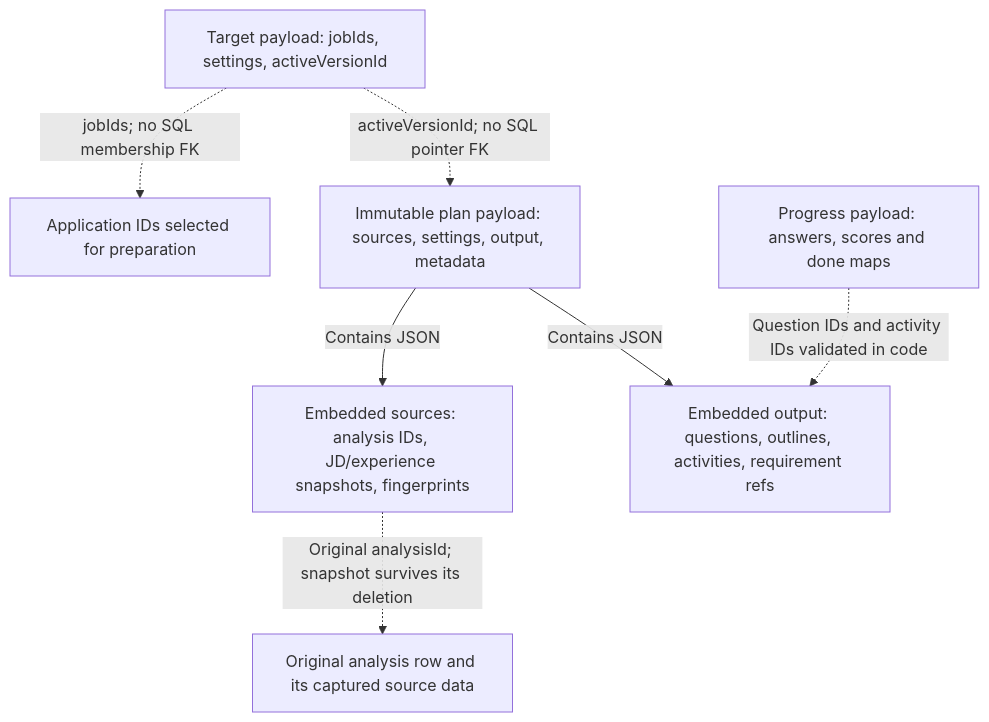
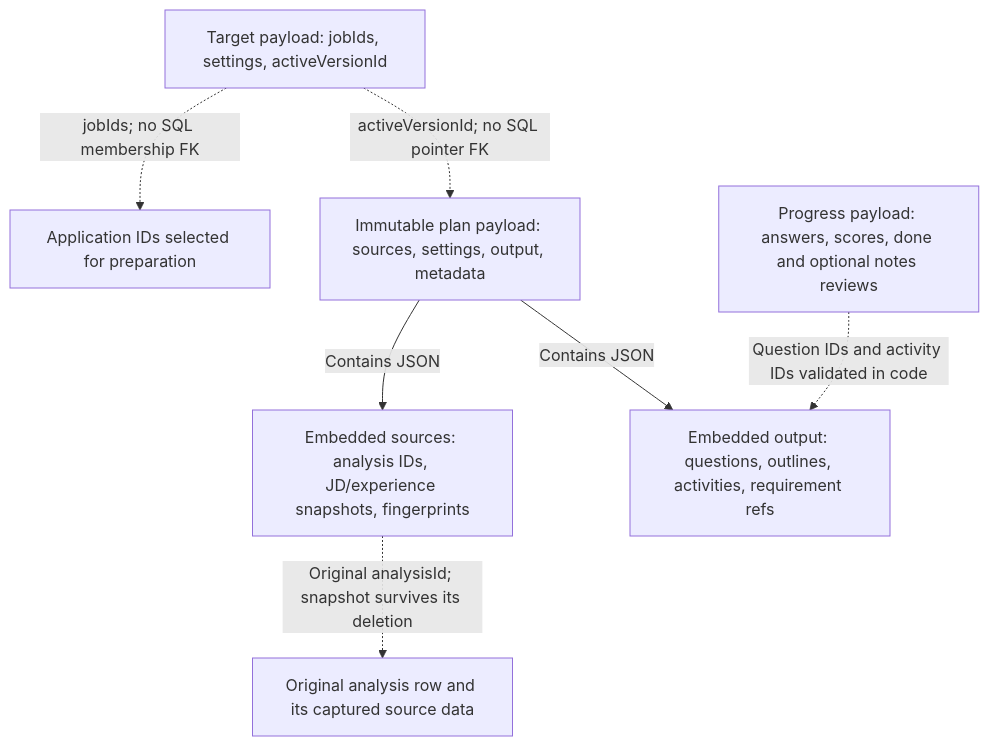
Before and after one commit to horadam/fieldwork: the second of 2 diagrams in docs/architecture/data-model.md, drawn with Mermaid. The commit also changed 29 other files, not shown here.

````diff
--- a/docs/architecture/data-model.md
+++ b/docs/architecture/data-model.md
@@ -95,16 +95,16 @@
 ```mermaid
 flowchart TB
   TARGET["Target payload: jobIds, settings, activeVersionId"]
   JOBS["Application IDs selected for preparation"]
   PLAN["Immutable plan payload: sources, settings, output, metadata"]
   SOURCE["Embedded sources: analysis IDs, JD/experience snapshots, fingerprints"]
   RUN["Original analysis row and its captured source data"]
   OUTPUT["Embedded output: questions, outlines, activities, requirement refs"]
-  PROGRESS["Progress payload: answers, scores and done maps"]
+  PROGRESS["Progress payload: answers, scores, done and optional notes reviews"]
   TARGET -.->|"jobIds; no SQL membership FK"| JOBS
   TARGET -.->|"activeVersionId; no SQL pointer FK"| PLAN
   PLAN -->|"Contains JSON"| SOURCE
   SOURCE -.->|"Original analysisId; snapshot survives its deletion"| RUN
   PLAN -->|"Contains JSON"| OUTPUT
   PROGRESS -.->|"Question IDs and activity IDs validated in code"| OUTPUT
 ```
````
